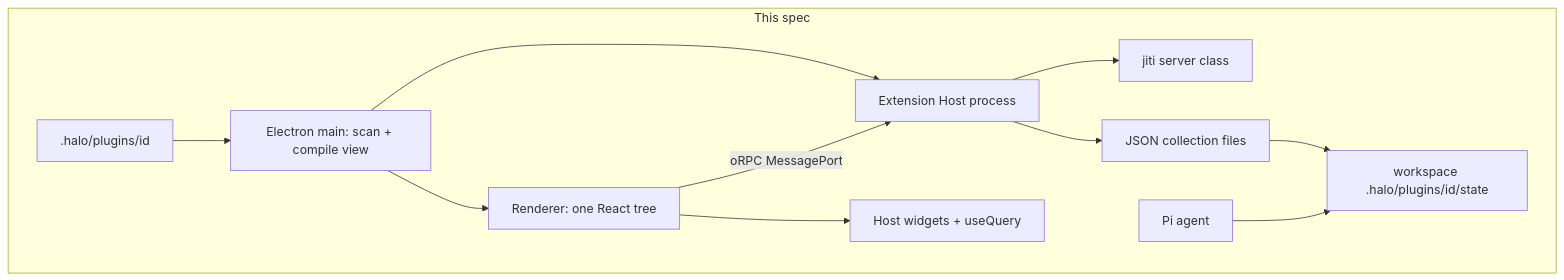
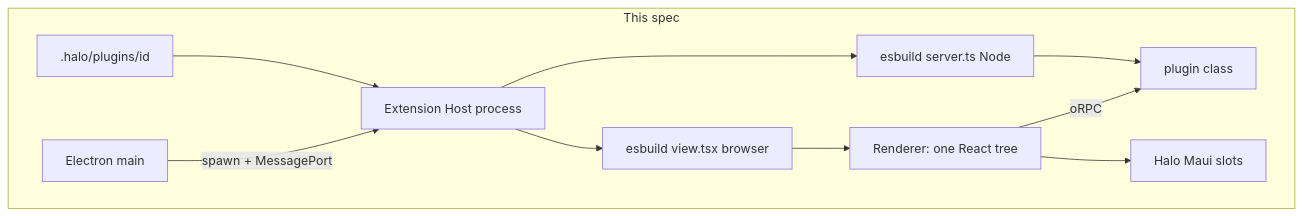
The second of 3 diagrams in specs/plugin-apps.md (tanishqkancharla/halo-v2), drawn with Mermaid before and after one commit. The commit also changed other lines of this file, not shown here.

First line of the commit message:
Narrow plugin-apps spec to host-owned view and server

````diff
--- a/specs/plugin-apps.md
+++ b/specs/plugin-apps.md
@@ -17,14 +17,13 @@
 ```mermaid
 flowchart TD
   subgraph next [This spec]
-    Disk2[".halo/plugins/id"] --> Main2["Electron main: scan + compile view"]
-    Main2 --> Host["Extension Host process"]
-    Host --> Jiti2["jiti server class"]
-    Host --> Store["JSON collection files"]
-    Main2 --> Rend2["Renderer: one React tree"]
-    Rend2 -->|"oRPC MessagePort"| Host
-    Rend2 --> Maui["Host widgets + useQuery"]
-    Store --> Files["workspace .halo/plugins/id/state"]
-    Agent["Pi agent"] --> Files
+    Disk2[".halo/plugins/id"] --> Host["Extension Host process"]
+    Host --> EsbuildS["esbuild server.ts Node"]
+    Host --> EsbuildV["esbuild view.tsx browser"]
+    EsbuildS --> Server["plugin class"]
+    Main2["Electron main"] -->|"spawn + MessagePort"| Host
+    Rend2["Renderer: one React tree"] -->|"oRPC"| Server
+    EsbuildV --> Rend2
+    Rend2 --> Maui["Halo Maui slots"]
   end
 ```
````
